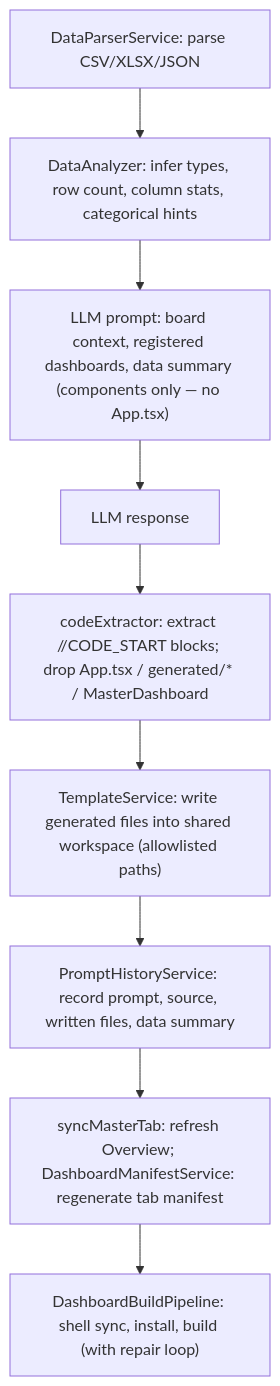
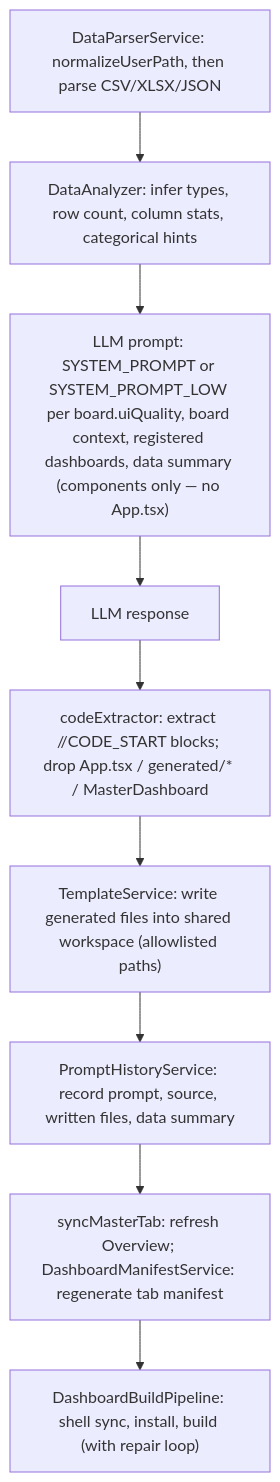
One commit to syedateebulislam/openboard changed the sixth of 8 diagrams in arch.md. Above: the diagram before and after it, drawn with Mermaid. The commit also changed other lines of this file and 3 other files, not shown here.

First line of the commit message:
docs: document /stop, /resume, UI quality modes, quoted paths, and mail architecture

````diff
--- a/arch.md
+++ b/arch.md
@@ -345,11 +415,11 @@
 ```mermaid
 flowchart TD
-    A["DataParserService: parse CSV/XLSX/JSON"] --> B["DataAnalyzer: infer types, row count, column stats, categorical hints"]
-    B --> C["LLM prompt: board context, registered dashboards, data summary (components only — no App.tsx)"]
+    A["DataParserService: normalizeUserPath, then parse CSV/XLSX/JSON"] --> B["DataAnalyzer: infer types, row count, column stats, categorical hints"]
+    B --> C["LLM prompt: SYSTEM_PROMPT or SYSTEM_PROMPT_LOW per board.uiQuality, board context, registered dashboards, data summary (components only — no App.tsx)"]
     C --> D[LLM response]
     D --> E["codeExtractor: extract //CODE_START blocks; drop App.tsx / generated/* / MasterDashboard"]
     E --> F["TemplateService: write generated files into shared workspace (allowlisted paths)"]
     F --> G["PromptHistoryService: record prompt, source, written files, data summary"]
     G --> H["syncMasterTab: refresh Overview; DashboardManifestService: regenerate tab manifest"]
     H --> I["DashboardBuildPipeline: shell sync, install, build (with repair loop)"]
 ```
````
